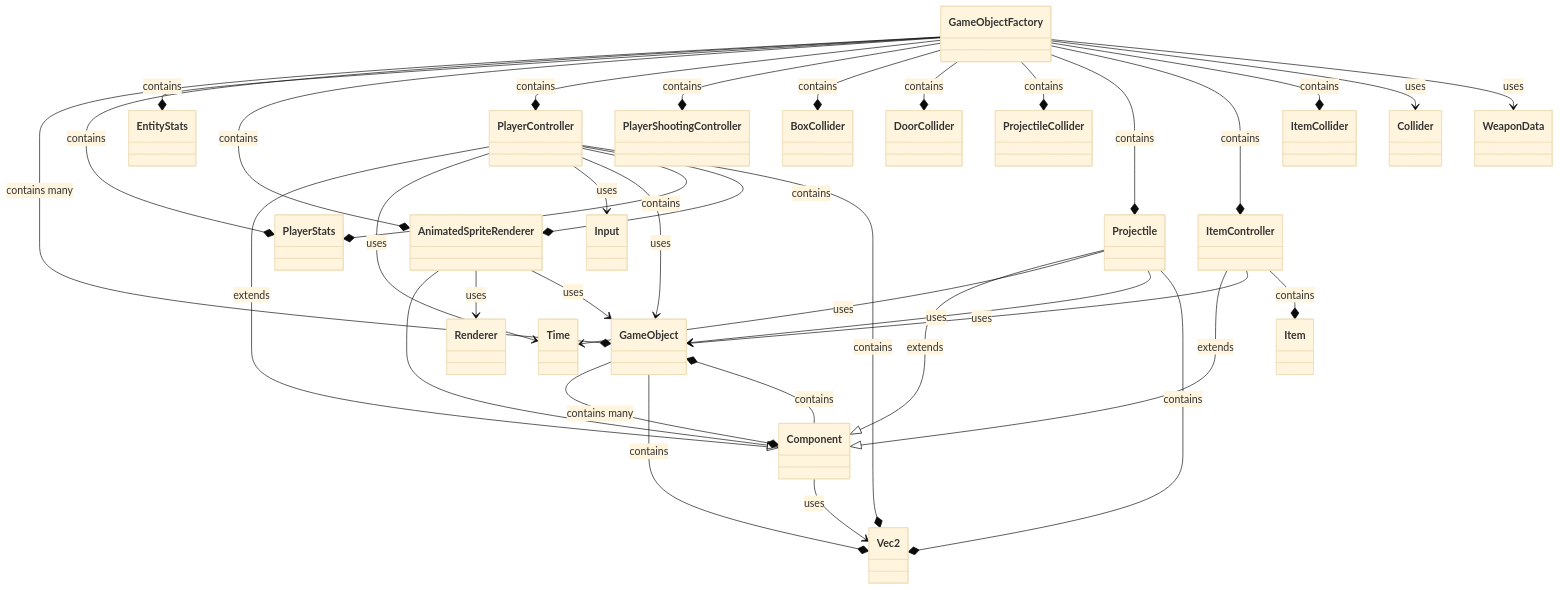
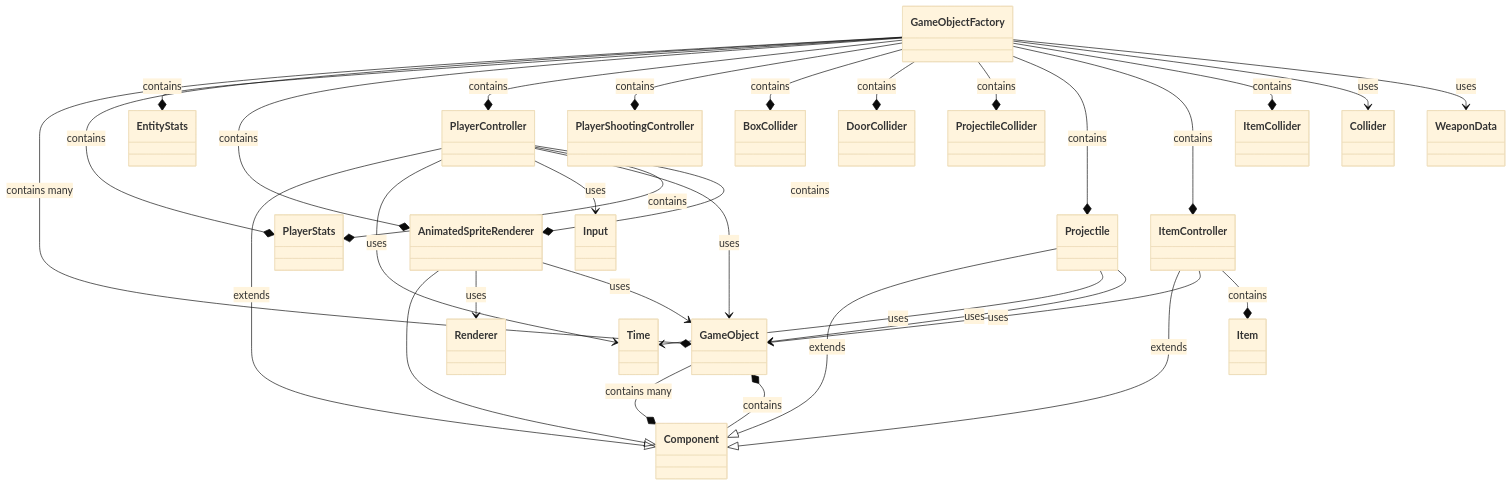
Before and after one commit to Rimaro03/docs-exam-slayer: the sixth of 10 diagrams in docs/design/class_diagrams.md, drawn with Mermaid (base theme). The commit also changed other lines of this file and 2 other files, not shown here.

Commit message:
finished movement sequence diagram

````diff
--- a/docs/design/class_diagrams.md
+++ b/docs/design/class_diagrams.md
@@ -119,45 +99,41 @@
 ```mermaid
 classDiagram
   GameObject --* Component: contains many
-  GameObject --* Vec2: contains
 
   GameObjectFactory --* GameObject: contains many
   GameObjectFactory --* PlayerStats: contains
   GameObjectFactory --* EntityStats: contains
   GameObjectFactory --* AnimatedSpriteRenderer: contains
   GameObjectFactory --* PlayerController: contains
   GameObjectFactory --* PlayerShootingController: contains
   GameObjectFactory --* BoxCollider: contains
   GameObjectFactory --* DoorCollider: contains
   GameObjectFactory --* ProjectileCollider: contains
   GameObjectFactory --* Projectile: contains
   GameObjectFactory --* ItemController: contains
   GameObjectFactory --* ItemCollider: contains
   GameObjectFactory --> Collider: uses
   GameObjectFactory --> WeaponData: uses
 
   Component --* GameObject: contains
-  Component --> Vec2: uses
 
   ItemController --|> Component: extends
   ItemController --> GameObject: uses
   ItemController --* Item: contains
 
   PlayerController --|> Component: extends
   PlayerController --> Time: uses
   PlayerController --> Input: uses
   PlayerController --> GameObject: uses
   PlayerController --* PlayerStats: contains
   PlayerController --* AnimatedSpriteRenderer: contains
-  PlayerController --* Vec2: contains
 
   Projectile --|> Component: extends
   Projectile --> Time: uses
   Projectile --> GameObject: uses
-  Projectile --* Vec2: contains
 
   AnimatedSpriteRenderer --|> Component
   AnimatedSpriteRenderer --> Renderer: uses
   AnimatedSpriteRenderer --> GameObject: uses
 
 ```
````
